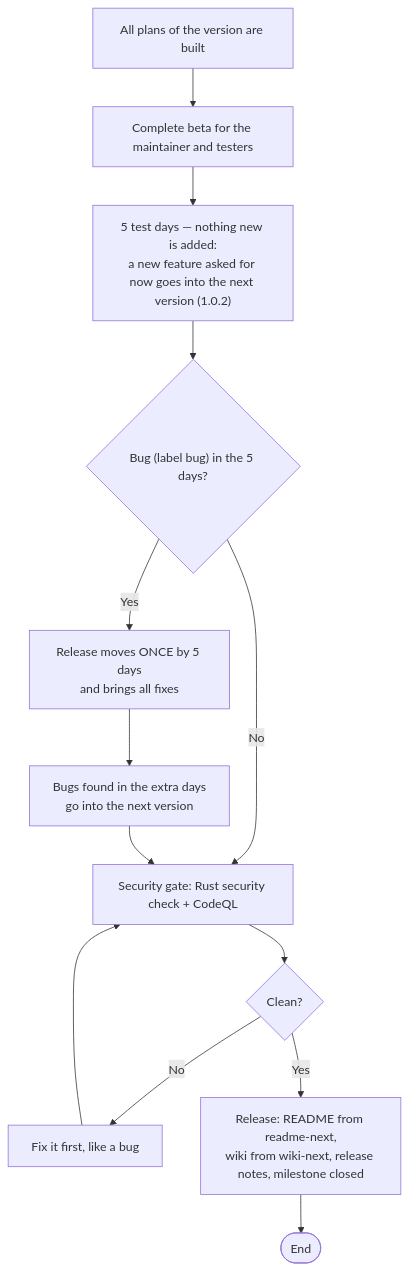
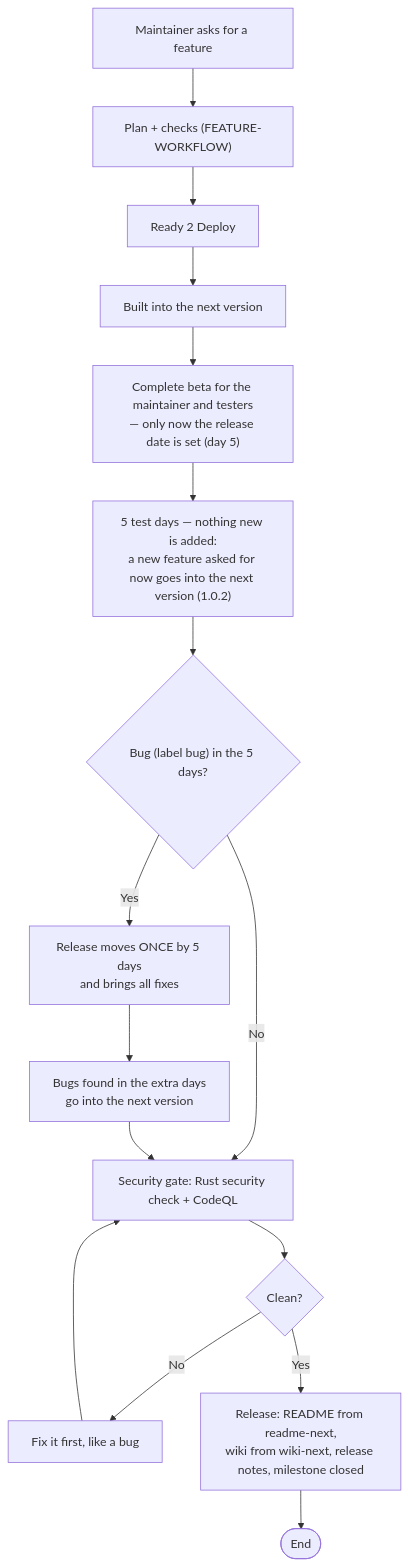
Before and after one commit to GFGMNET/Workspace: the diagram in docs/RELEASE-WORKFLOW.md, drawn with Mermaid. The commit also changed other lines of this file and 1 other file, not shown here.

Commit message:
Release workflow: from the feature request to the release; the date is set only when the complete beta is out
Claude-Session: https://claude.ai/code/session_01YTmHS5QesE4imbb73iBYzB

````diff
--- a/docs/RELEASE-WORKFLOW.md
+++ b/docs/RELEASE-WORKFLOW.md
@@ -5,15 +5,18 @@
 ```mermaid
 flowchart TD
-   A["All plans of the version are built"] --> B["Complete beta for the maintainer and testers"]
+   Z["Maintainer asks for a feature"] --> Y["Plan + checks (FEATURE-WORKFLOW)"]
+   Y --> X["Ready 2 Deploy"]
+   X --> A["Built into the next version"]
+   A --> B["Complete beta for the maintainer and testers<br/>— only now the release date is set (day 5)"]
    B --> C["5 test days — nothing new is added:<br/>a new feature asked for now goes into the next version (1.0.2)"]
    C --> D{"Bug (label bug) in the 5 days?"}
    D -->|No| G["Security gate: Rust security check + CodeQL"]
    D -->|Yes| E["Release moves ONCE by 5 days<br/>and brings all fixes"]
    E --> F["Bugs found in the extra days<br/>go into the next version"]
    F --> G
    G --> H{"Clean?"}
    H -->|No| I["Fix it first, like a bug"]
    I --> G
    H -->|Yes| J["Release: README from readme-next,<br/>wiki from wiki-next, release notes, milestone closed"]
    J --> K([End])
 ```
````
